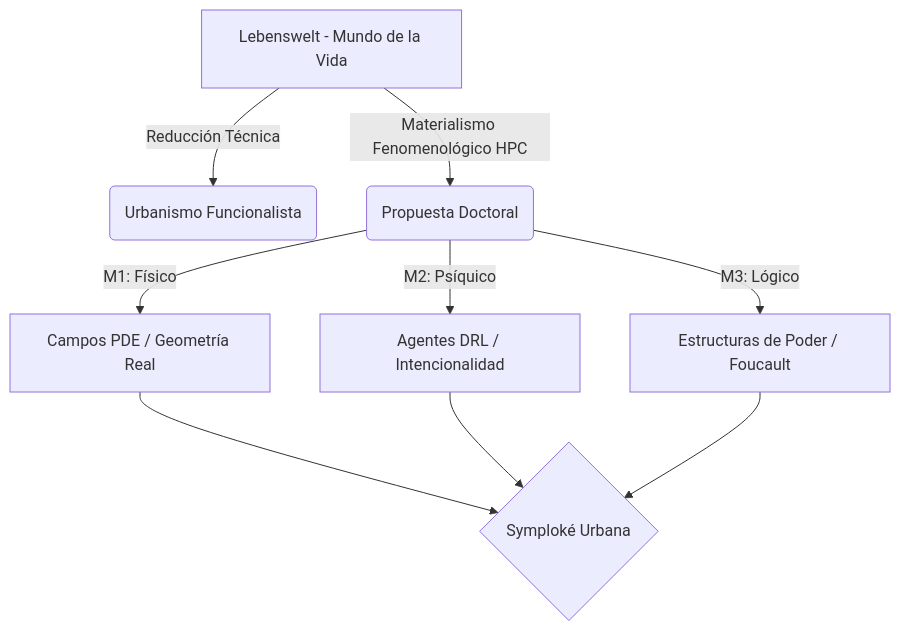
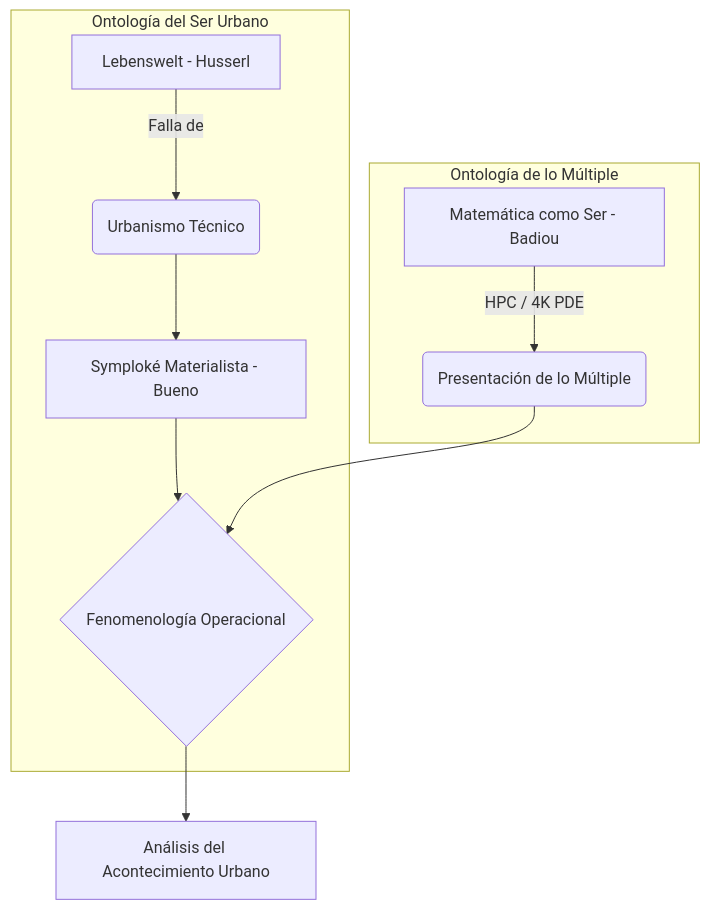
One commit to stevenvo780/FenomenologiaUrbana changed the diagram in trabajo-final-fenomenologia-urbana/01-introduccion-y-marco-teorico.md. Above: the diagram before and after it, drawn with Mermaid. The commit also changed other lines of this file and 24 other files, not shown here.

````diff
--- a/trabajo-final-fenomenologia-urbana/01-introduccion-y-marco-teorico.md
+++ b/trabajo-final-fenomenologia-urbana/01-introduccion-y-marco-teorico.md
@@ -18,9 +17,13 @@
 ```mermaid
 graph TD
-    A[Lebenswelt - Mundo de la Vida] -->|Reducción Técnica| B(Urbanismo Funcionalista)
-    A -->|Materialismo Fenomenológico HPC| C(Propuesta Doctoral)
-    C -->|M1: Físico| D[Campos PDE / Geometría Real]
-    C -->|M2: Psíquico| E[Agentes DRL / Intencionalidad]
-    C -->|M3: Lógico| F[Estructuras de Poder / Foucault]
-    D & E & F --> G{Symploké Urbana}
+    subgraph Ontología del Ser Urbano
+        A[Lebenswelt - Husserl] -->|Falla de| B(Urbanismo Técnico)
+        B --> C[Symploké Materialista - Bueno]
+        C --> D{Fenomenología Operacional}
+    end
+    subgraph Ontología de lo Múltiple
+        E[Matemática como Ser - Badiou] -->|HPC / 4K PDE| F(Presentación de lo Múltiple)
+        F --> D
+    end
+    D --> G[Análisis del Acontecimiento Urbano]
 ```
````
